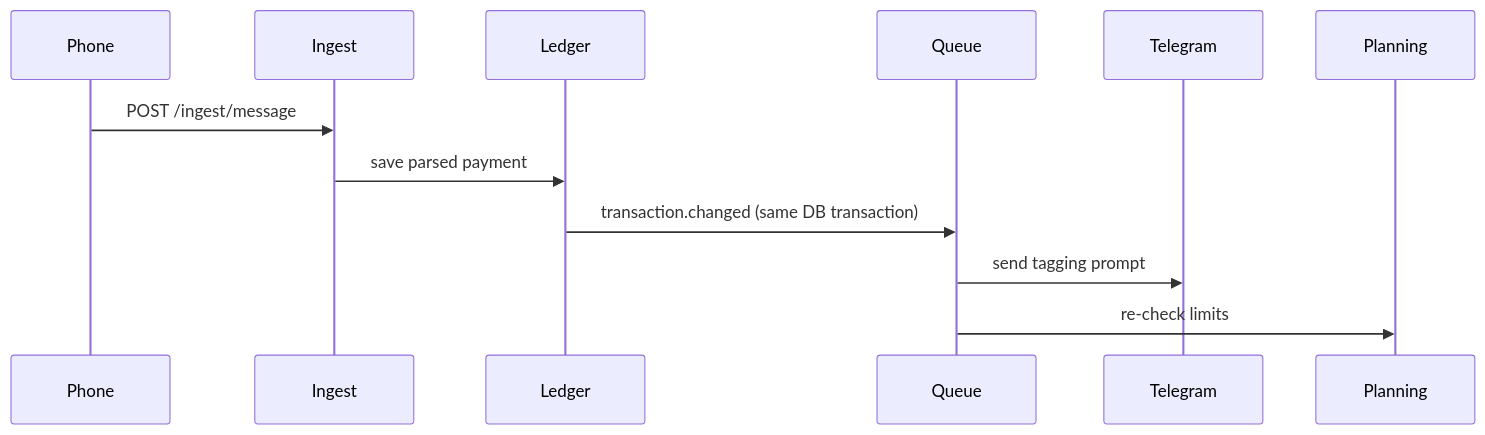
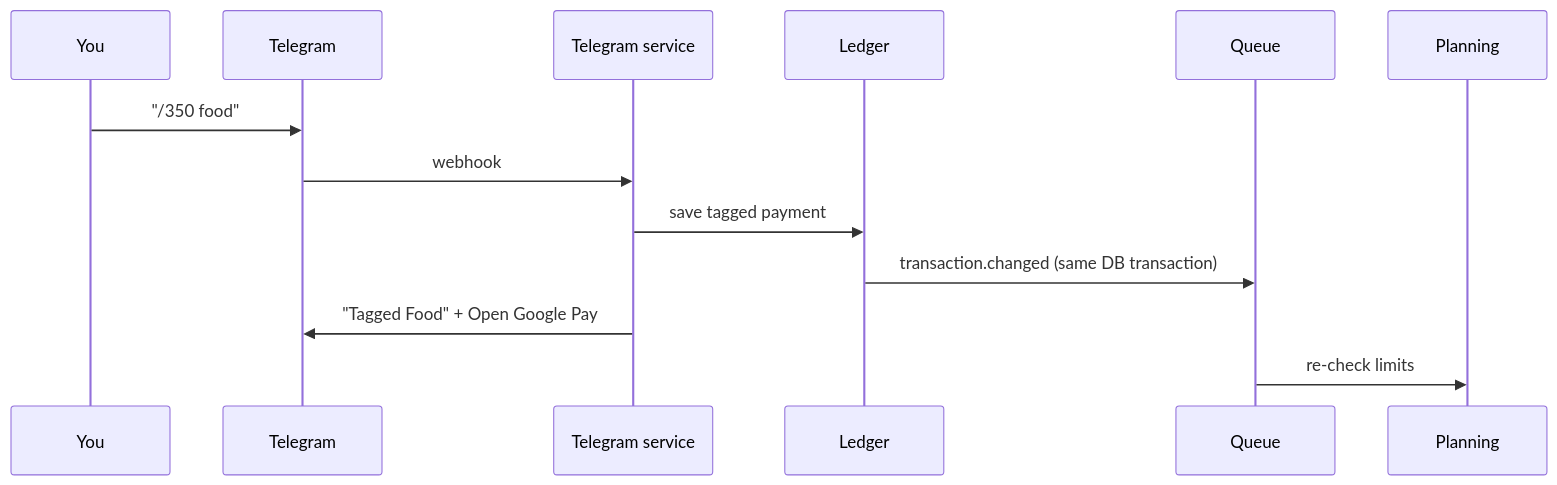
The second of 3 diagrams in docs/SYSTEM_DESIGN.md (aayushsugandhi2703/LBStash), drawn with Mermaid before and after one commit. The commit also changed other lines of this file and 171 other files, not shown here.

First line of the commit message:
Lock the bot to one Telegram account, add web address limit, logo, shorter guide

````diff
--- a/docs/SYSTEM_DESIGN.md
+++ b/docs/SYSTEM_DESIGN.md
@@ -146,13 +147,15 @@
 ```mermaid
 sequenceDiagram
-  participant Phone
-  participant Ingest
+  participant You
+  participant Telegram
+  participant Bot as Telegram service
   participant Ledger
   participant Queue
-  participant Telegram
-  Phone->>Ingest: POST /ingest/message
-  Ingest->>Ledger: save parsed payment
+  participant Planning
+  You->>Telegram: "/350 food"
+  Telegram->>Bot: webhook
+  Bot->>Ledger: save tagged payment
   Ledger->>Queue: transaction.changed (same DB transaction)
-  Queue->>Telegram: send tagging prompt
+  Bot->>Telegram: "Tagged Food" + Open Google Pay
   Queue->>Planning: re-check limits
 ```
````
